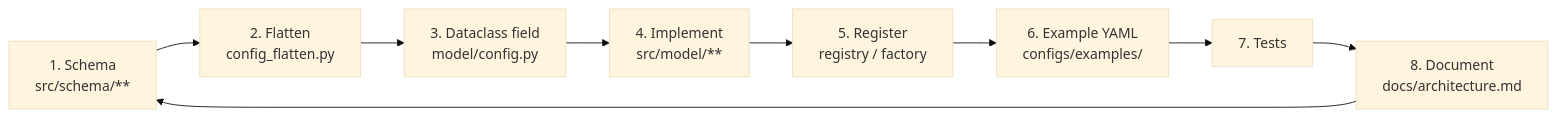
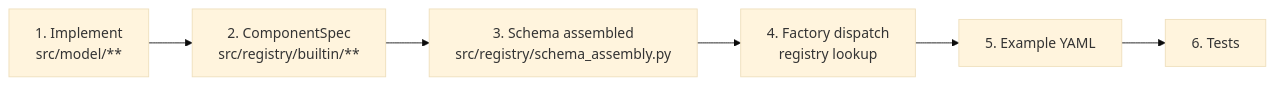
The fifth of 5 diagrams in frankenstein-transformer/paper/specs/architecture.md (erickfmm/erickfmm.github.io), drawn with Mermaid (base theme) before and after one commit. The commit also changed other lines of this file and 54 other files, not shown here.

First line of the commit message:
docs(site): sync plugin-based extensibility, assembled schema and paper updates

````diff
--- a/frankenstein-transformer/paper/specs/architecture.md
+++ b/frankenstein-transformer/paper/specs/architecture.md
@@ -1001,11 +1052,8 @@
 ```mermaid
 flowchart LR
-    A["1. Schema<br/>src/schema/**"] --> B["2. Flatten<br/>config_flatten.py"]
-    B --> C["3. Dataclass field<br/>model/config.py"]
-    C --> D["4. Implement<br/>src/model/**"]
-    D --> E["5. Register<br/>registry / factory"]
-    E --> F["6. Example YAML<br/>configs/examples/"]
-    F --> G["7. Tests"]
-    G --> H["8. Document<br/>docs/architecture.md"]
-    H --> A
+    A["1. Implement<br/>src/model/**"] --> B["2. ComponentSpec<br/>src/registry/builtin/**"]
+    B --> C["3. Schema assembled<br/>src/registry/schema_assembly.py"]
+    C --> D["4. Factory dispatch<br/>registry lookup"]
+    D --> E["5. Example YAML"]
+    E --> F["6. Tests"]
 ```
````
